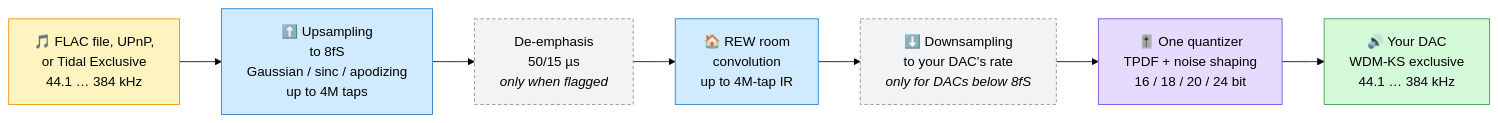
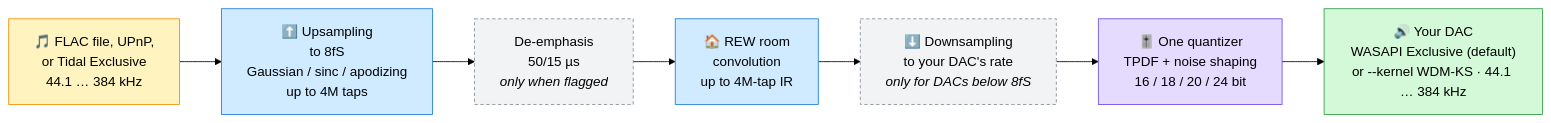
The diagram in README.md (androxylo/audiophile_player), drawn with Mermaid (forest theme) before and after one commit. The commit also changed other lines of this file and 10 other files, not shown here.

````diff
--- a/README.md
+++ b/README.md
@@ -51,18 +51,18 @@
 ```mermaid
 flowchart LR
     SRC["🎵 FLAC file, UPnP,<br/>or Tidal Exclusive<br/>44.1 … 384 kHz"]:::src
     UP["⬆️ Upsampling<br/>to 8fS<br/>Gaussian / sinc / apodizing<br/>up to 4M taps"]:::dsp
     DE["De-emphasis<br/>50/15 µs<br/><i>only when flagged</i>"]:::opt
     REW["🏠 REW room<br/>convolution<br/>up to 4M-tap IR"]:::dsp
     DS["⬇️ Downsampling<br/>to your DAC's rate<br/><i>only for DACs below 8fS</i>"]:::opt
     Q["🎚️ One quantizer<br/>TPDF + noise shaping<br/>16 / 18 / 20 / 24 bit"]:::q
-    DAC["🔊 Your DAC<br/>WDM-KS exclusive<br/>44.1 … 384 kHz"]:::dac
+    DAC["🔊 Your DAC<br/>WASAPI Exclusive (default)<br/>or --kernel WDM-KS · 44.1 … 384 kHz"]:::dac
 
     SRC --> UP --> DE --> REW --> DS --> Q --> DAC
 
     classDef src fill:#fff3bf,stroke:#f08c00,color:#000
     classDef dsp fill:#d0ebff,stroke:#1c7ed6,color:#000
     classDef opt fill:#f1f3f5,stroke:#868e96,color:#000,stroke-dasharray: 4 3
     classDef q fill:#e5dbff,stroke:#7048e8,color:#000
     classDef dac fill:#d3f9d8,stroke:#2f9e44,color:#000
 ```
````
